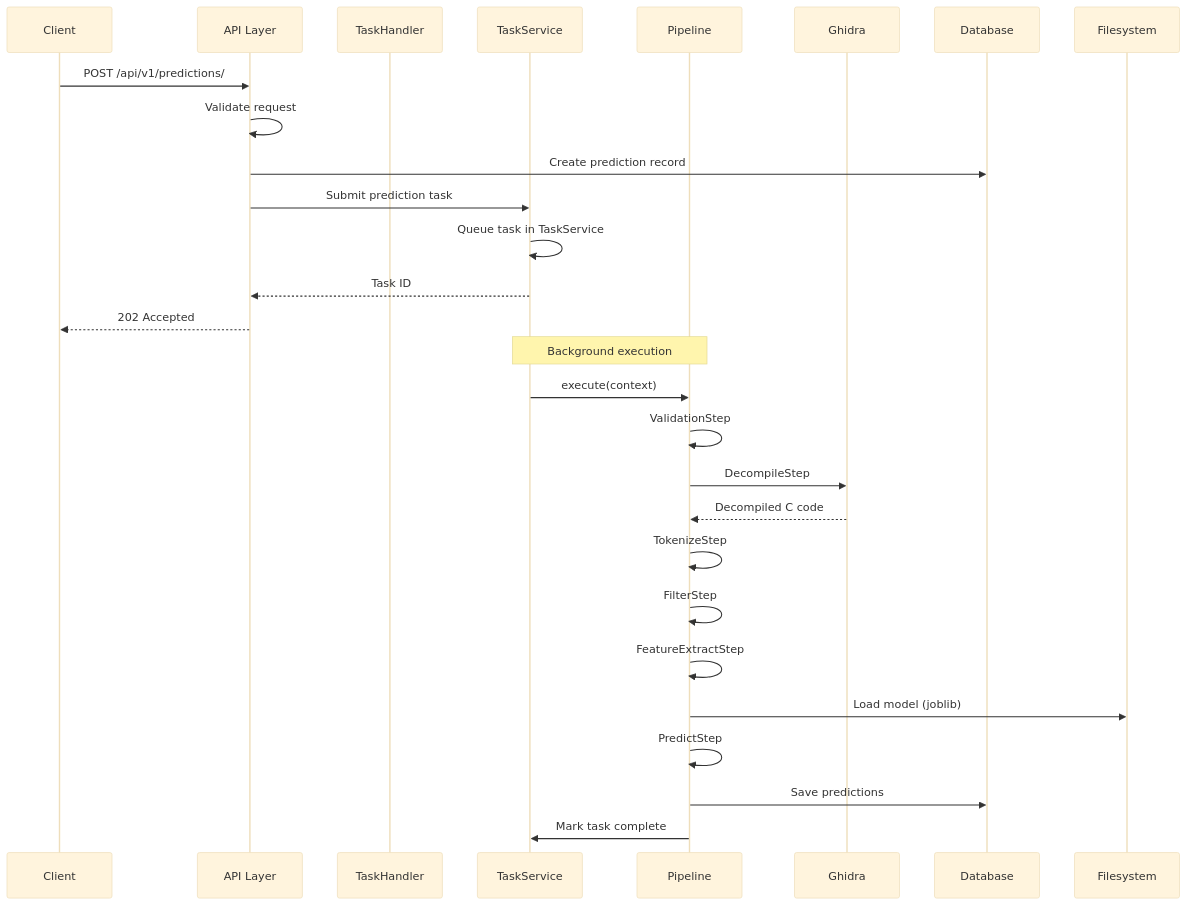
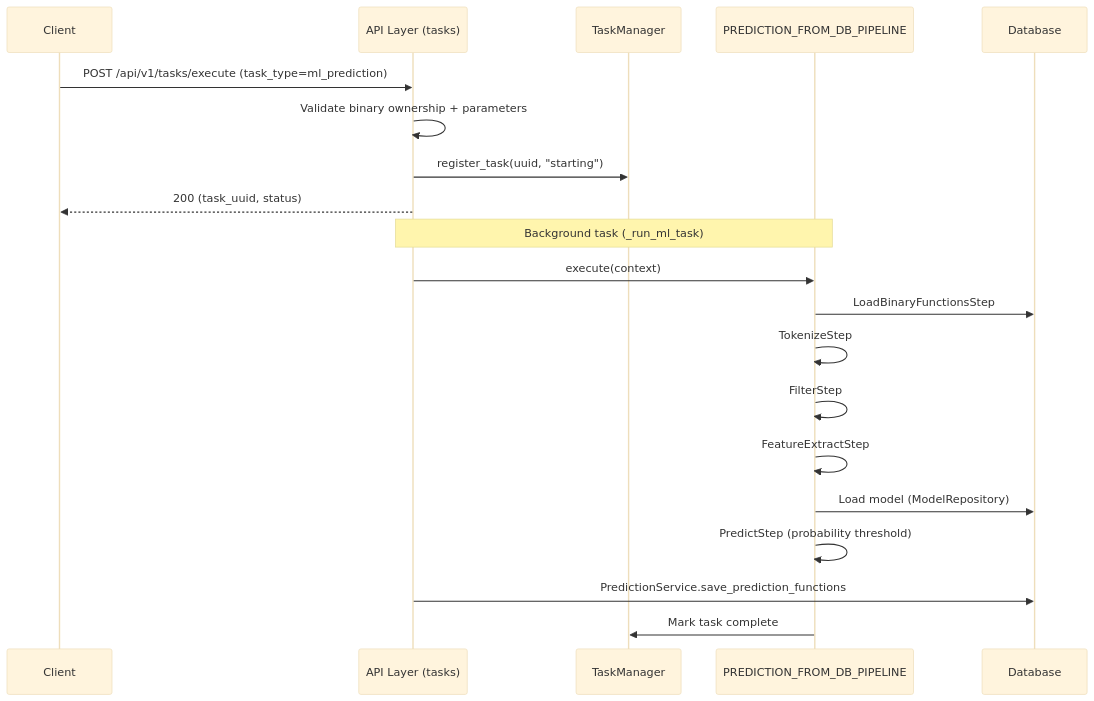
The third of 3 diagrams in docs/ARCHITECTURE.md (Xenios91/Glyph), drawn with Mermaid (base theme) before and after one commit. The commit also changed other lines of this file, not shown here.

````diff
--- a/docs/ARCHITECTURE.md
+++ b/docs/ARCHITECTURE.md
@@ -194,32 +248,24 @@
 ```mermaid
 sequenceDiagram
     participant Client
-    participant API as API Layer
-    participant TH as TaskHandler
-    participant TS as TaskService
-    participant Pipeline
-    participant Ghidra
+    participant API as API Layer (tasks)
+    participant TM as TaskManager
+    participant Pipeline as PREDICTION_FROM_DB_PIPELINE
     participant DB as Database
-    participant FS as Filesystem
 
-    Client->>API: POST /api/v1/predictions/
-    API->>API: Validate request
-    API->>DB: Create prediction record
-    API->>TS: Submit prediction task
-    TS->>TS: Queue task in TaskService
-    TS-->>API: Task ID
-    API-->>Client: 202 Accepted
+    Client->>API: POST /api/v1/tasks/execute (task_type=ml_prediction)
+    API->>API: Validate binary ownership + parameters
+    API->>TM: register_task(uuid, "starting")
+    API-->>Client: 200 (task_uuid, status)
 
-    Note over TS,Pipeline: Background execution
-    TS->>Pipeline: execute(context)
-    Pipeline->>Pipeline: ValidationStep
-    Pipeline->>Ghidra: DecompileStep
-    Ghidra-->>Pipeline: Decompiled C code
+    Note over API,Pipeline: Background task (_run_ml_task)
+    API->>Pipeline: execute(context)
+    Pipeline->>DB: LoadBinaryFunctionsStep
     Pipeline->>Pipeline: TokenizeStep
     Pipeline->>Pipeline: FilterStep
     Pipeline->>Pipeline: FeatureExtractStep
-    Pipeline->>FS: Load model (joblib)
-    Pipeline->>Pipeline: PredictStep
-    Pipeline->>DB: Save predictions
-    Pipeline->>TS: Mark task complete
+    Pipeline->>DB: Load model (ModelRepository)
+    Pipeline->>Pipeline: PredictStep (probability threshold)
+    API->>DB: PredictionService.save_prediction_functions
+    Pipeline->>TM: Mark task complete
 ```
````
